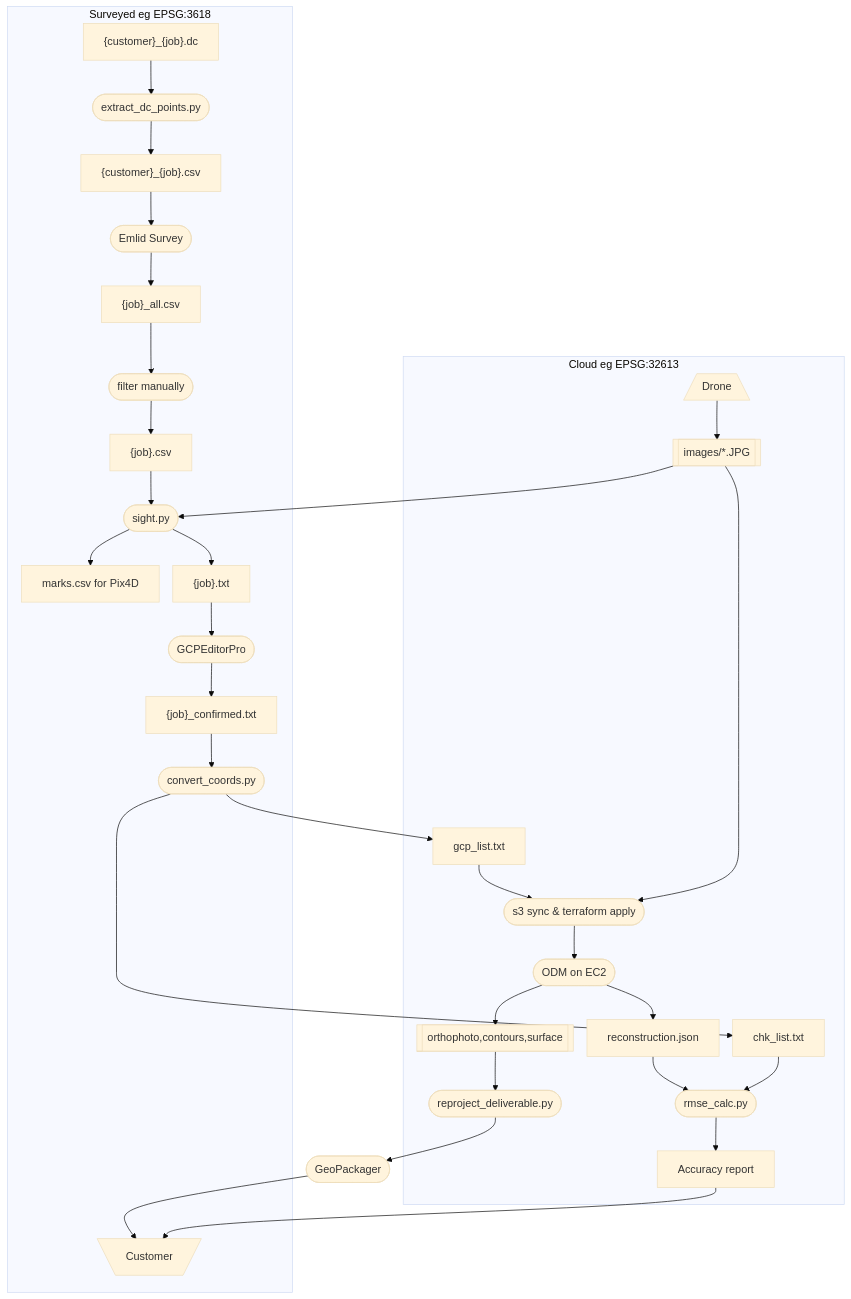
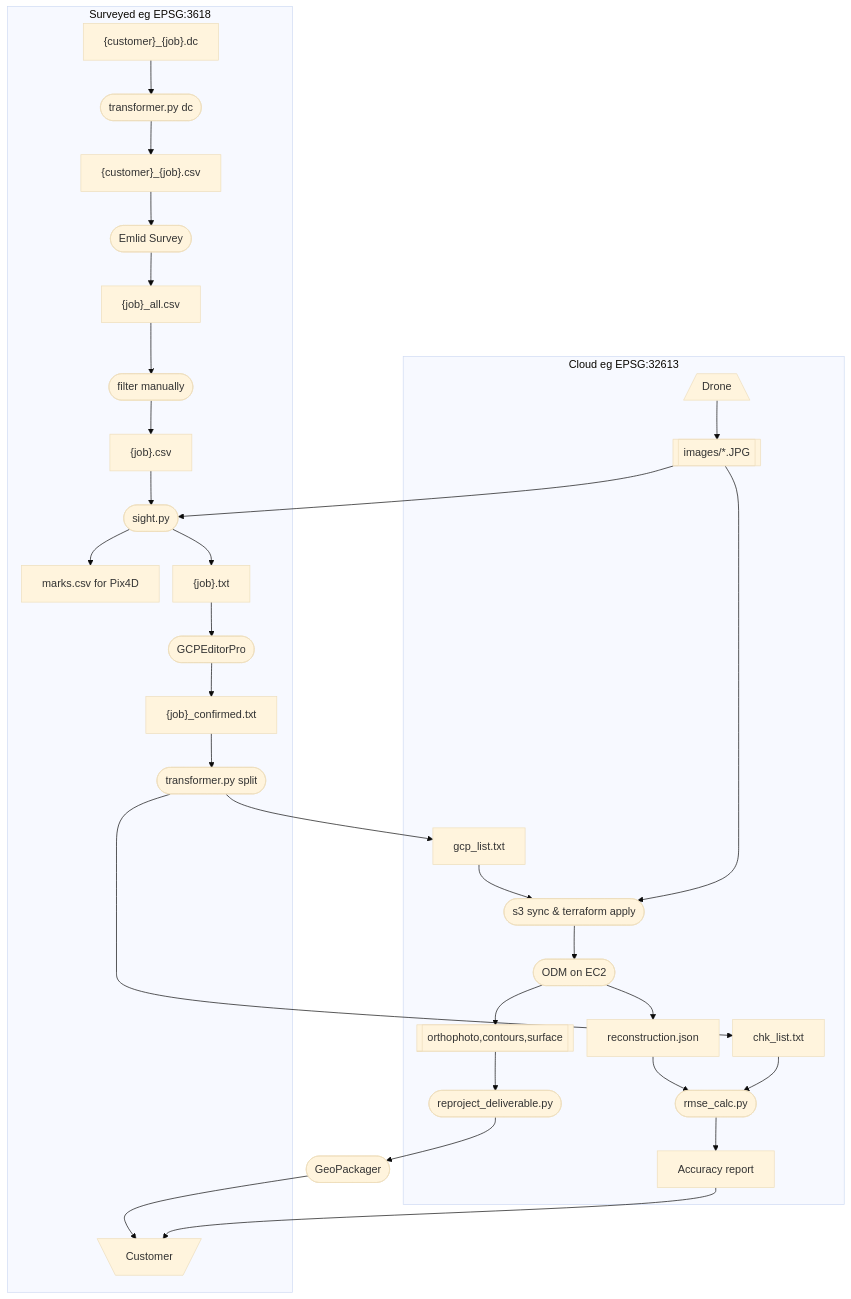
One commit to jrstear/geo changed the diagram in docs/odm-workflow.md. Above: the diagram before and after it, drawn with Mermaid. The commit also changed other lines of this file and 2 other files, not shown here.

First line of the commit message:
feat: add transformer.py; update workflow and CRS docs

````diff
--- a/docs/odm-workflow.md
+++ b/docs/odm-workflow.md
@@ -9,58 +9,58 @@
 ```mermaid
 %%{init: {'theme': 'base', 'flowchart': {'nodeSpacing': 20}}}%%
 flowchart TD
     cust_dc["{customer}_{job}.dc"]
-    extract(["extract_dc_points.py"])
+    extract(["transformer.py dc"])
     cust_csv["{customer}_{job}.csv"]
     emlid(["Emlid Survey"])
     all["{job}_all.csv"]
     filter(["filter manually"])
     filtered["{job}.csv"]
     sight(["sight.py"])
     marks["marks.csv for Pix4D"]
     targets["{job}.txt"]
     gcpeditor(["GCPEditorPro"])
     confirmed["{job}_confirmed.txt"]
-    prepare(["convert_coords.py"])
+    prepare(["transformer.py split"])
     control["gcp_list.txt"]
     check["chk_list.txt"]
     s3(["s3 sync & terraform apply"])
     odm(["ODM on EC2"])
     rmse(["rmse_calc.py"])
     drone[/"Drone"\]
     images[["images/*.JPG"]]
     deliverables[["orthophoto,contours,surface"]]
     reproject(["reproject_deliverable.py"])
     packager(["GeoPackager"])
     report["Accuracy report"]
     model["reconstruction.json"]
     customer[\"Customer"/]
 
 	subgraph Surveyed eg EPSG:3618
 	    cust_dc --> extract --> cust_csv --> emlid
 	    emlid --> all --> filter --> filtered
 	    filtered --> sight --> targets
 	    sight --> marks
 	    targets --> gcpeditor
 	    gcpeditor --> confirmed
 	    confirmed --> prepare
 	    customer
 	end
     
     subgraph Cloud eg EPSG:32613
 	    drone --> images
 	    prepare --> control
 	    prepare --> check
 	    control --> s3
 	    s3 --> odm --> deliverables
 	    odm --> model --> rmse
 	    check --> rmse --> report
             deliverables --> reproject
 	end
 
     images --> sight
     images --> s3
     reproject --> packager --> customer
     report --> customer
 
 ```
````
